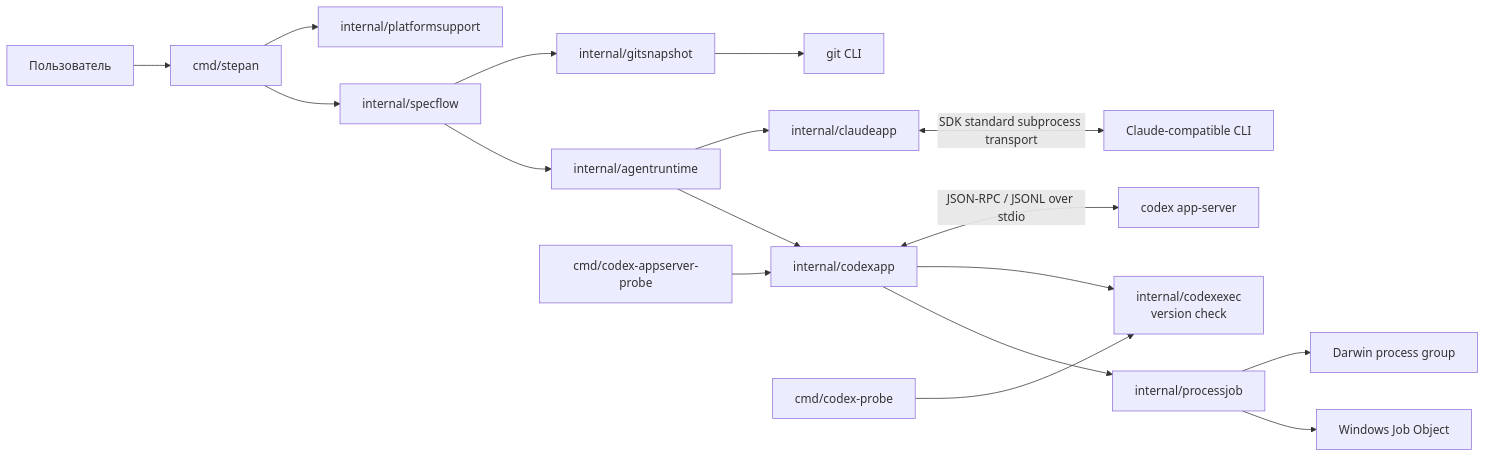
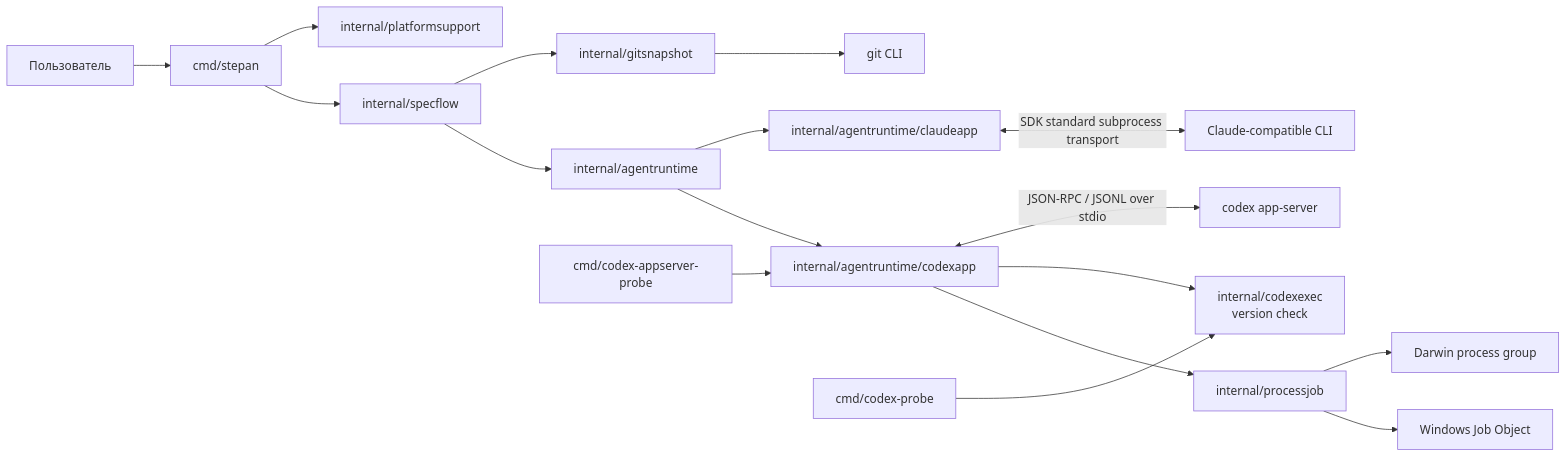
One commit to AndrMoiseev/stepan changed the first of 2 diagrams in docs/adr/0002-current-stack-and-architecture.md. Above: the diagram before and after it, drawn with Mermaid. The commit also changed other lines of this file and 38 other files, not shown here.

````diff
--- a/docs/adr/0002-current-stack-and-architecture.md
+++ b/docs/adr/0002-current-stack-and-architecture.md
@@ -43,20 +43,20 @@
 ```mermaid
 flowchart LR
     User[Пользователь] --> CLI[cmd/stepan]
     CLI --> Flow[internal/specflow]
     Flow --> Contract[internal/agentruntime]
-    Contract --> App[internal/codexapp]
-    Contract --> Claude[internal/claudeapp]
+    Contract --> App[internal/agentruntime/codexapp]
+    Contract --> Claude[internal/agentruntime/claudeapp]
     Flow --> Git[internal/gitsnapshot]
     App --> Job[internal/processjob]
     CLI --> Platform[internal/platformsupport]
     App --> Legacy[internal/codexexec\nversion check]
     App <-->|JSON-RPC / JSONL over stdio| Codex[codex app-server]
     Claude <-->|SDK standard subprocess transport| ClaudeCLI[Claude-compatible CLI]
     Git --> GitCLI[git CLI]
     Job --> Win[Windows Job Object]
     Job --> Mac[Darwin process group]
 
     Probe1[cmd/codex-appserver-probe] --> App
     Probe2[cmd/codex-probe] --> Legacy
 ```
````
